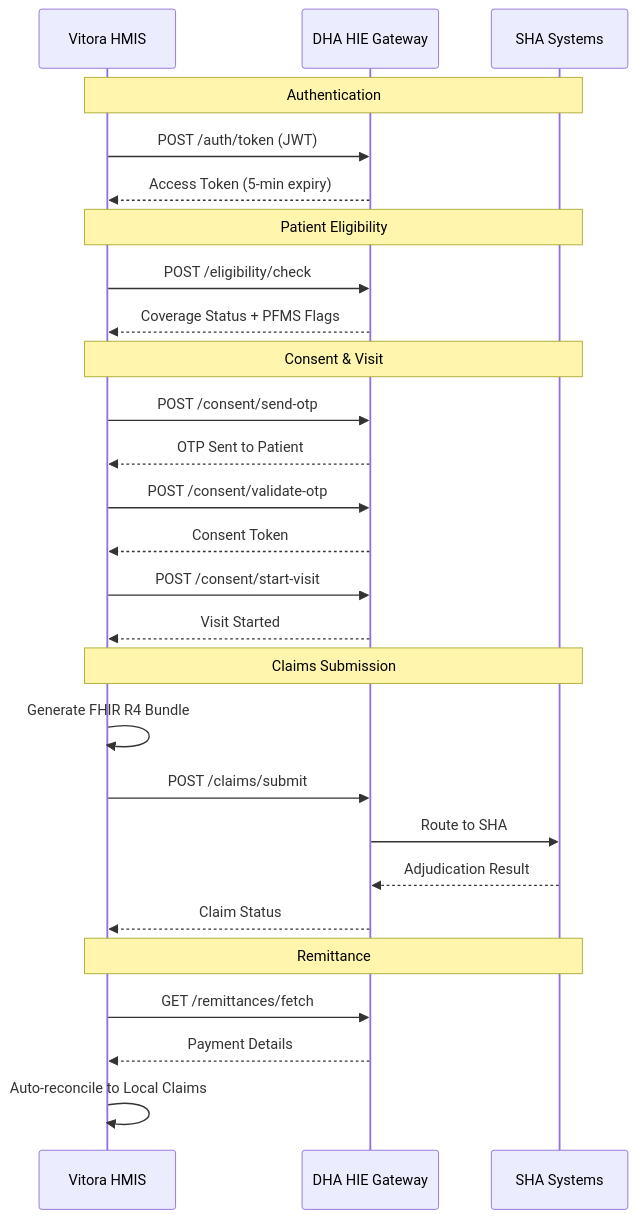
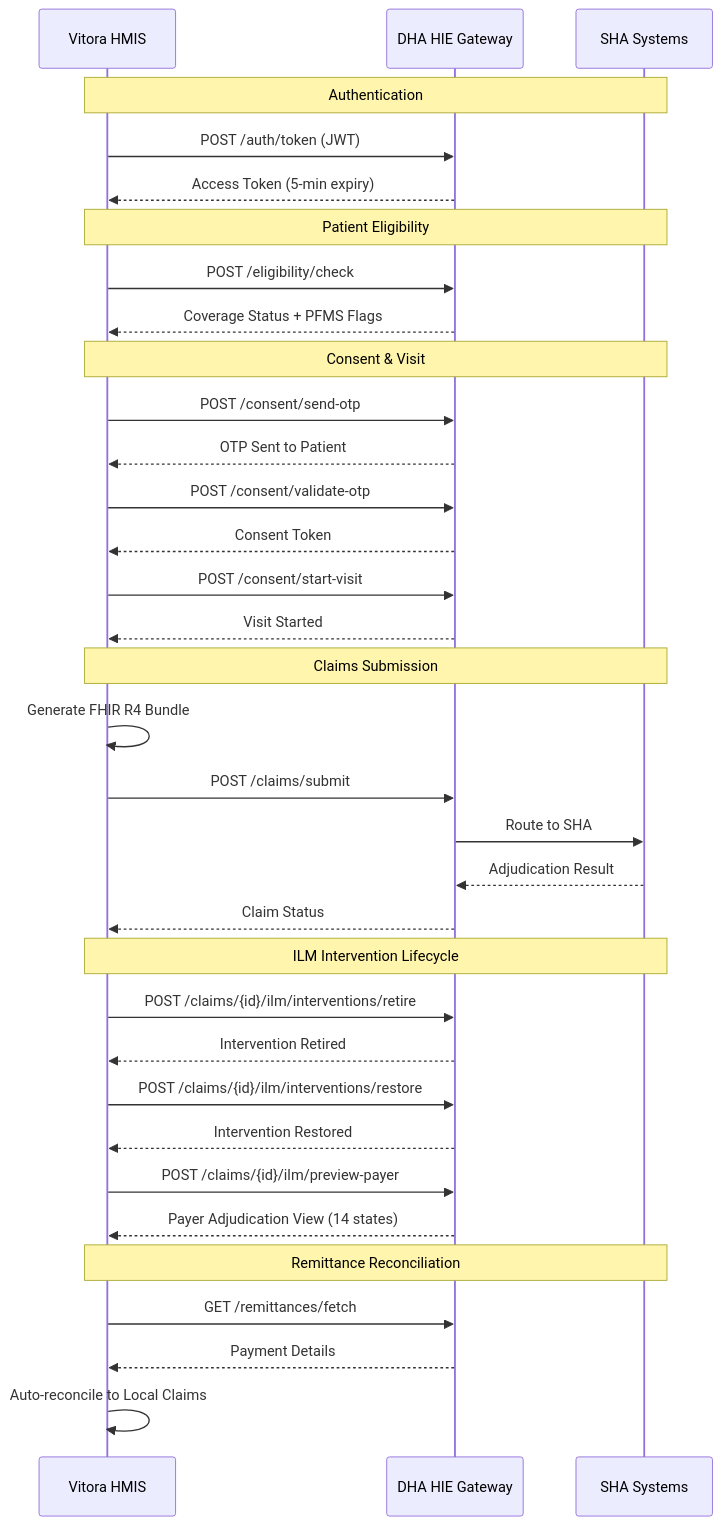
One commit to nexora-africa-ltd/vitora changed the ninth of 15 diagrams in docs/architecture-diagrams.md. Above: the diagram before and after it, drawn with Mermaid. The commit also changed other lines of this file and 1 other file, not shown here.

Commit message:
feat(backup): enhance backup monitoring with local backup checks and claims lifecycle integration

````diff
--- a/docs/architecture-diagrams.md
+++ b/docs/architecture-diagrams.md
@@ -387,34 +389,42 @@
 ```mermaid
 sequenceDiagram
     participant V as Vitora HMIS
     participant DHA as DHA HIE Gateway
     participant SHA_SYS as SHA Systems
 
     Note over V,SHA_SYS: Authentication
     V->>DHA: POST /auth/token (JWT)
     DHA-->>V: Access Token (5-min expiry)
 
     Note over V,SHA_SYS: Patient Eligibility
     V->>DHA: POST /eligibility/check
     DHA-->>V: Coverage Status + PFMS Flags
 
     Note over V,SHA_SYS: Consent & Visit
     V->>DHA: POST /consent/send-otp
     DHA-->>V: OTP Sent to Patient
     V->>DHA: POST /consent/validate-otp
     DHA-->>V: Consent Token
     V->>DHA: POST /consent/start-visit
     DHA-->>V: Visit Started
 
     Note over V,SHA_SYS: Claims Submission
     V->>V: Generate FHIR R4 Bundle
     V->>DHA: POST /claims/submit
     DHA->>SHA_SYS: Route to SHA
     SHA_SYS-->>DHA: Adjudication Result
     DHA-->>V: Claim Status
 
-    Note over V,SHA_SYS: Remittance
+    Note over V,SHA_SYS: ILM Intervention Lifecycle
+    V->>DHA: POST /claims/{id}/ilm/interventions/retire
+    DHA-->>V: Intervention Retired
+    V->>DHA: POST /claims/{id}/ilm/interventions/restore
+    DHA-->>V: Intervention Restored
+    V->>DHA: POST /claims/{id}/ilm/preview-payer
+    DHA-->>V: Payer Adjudication View (14 states)
+
+    Note over V,SHA_SYS: Remittance Reconciliation
     V->>DHA: GET /remittances/fetch
     DHA-->>V: Payment Details
     V->>V: Auto-reconcile to Local Claims
 ```
````
